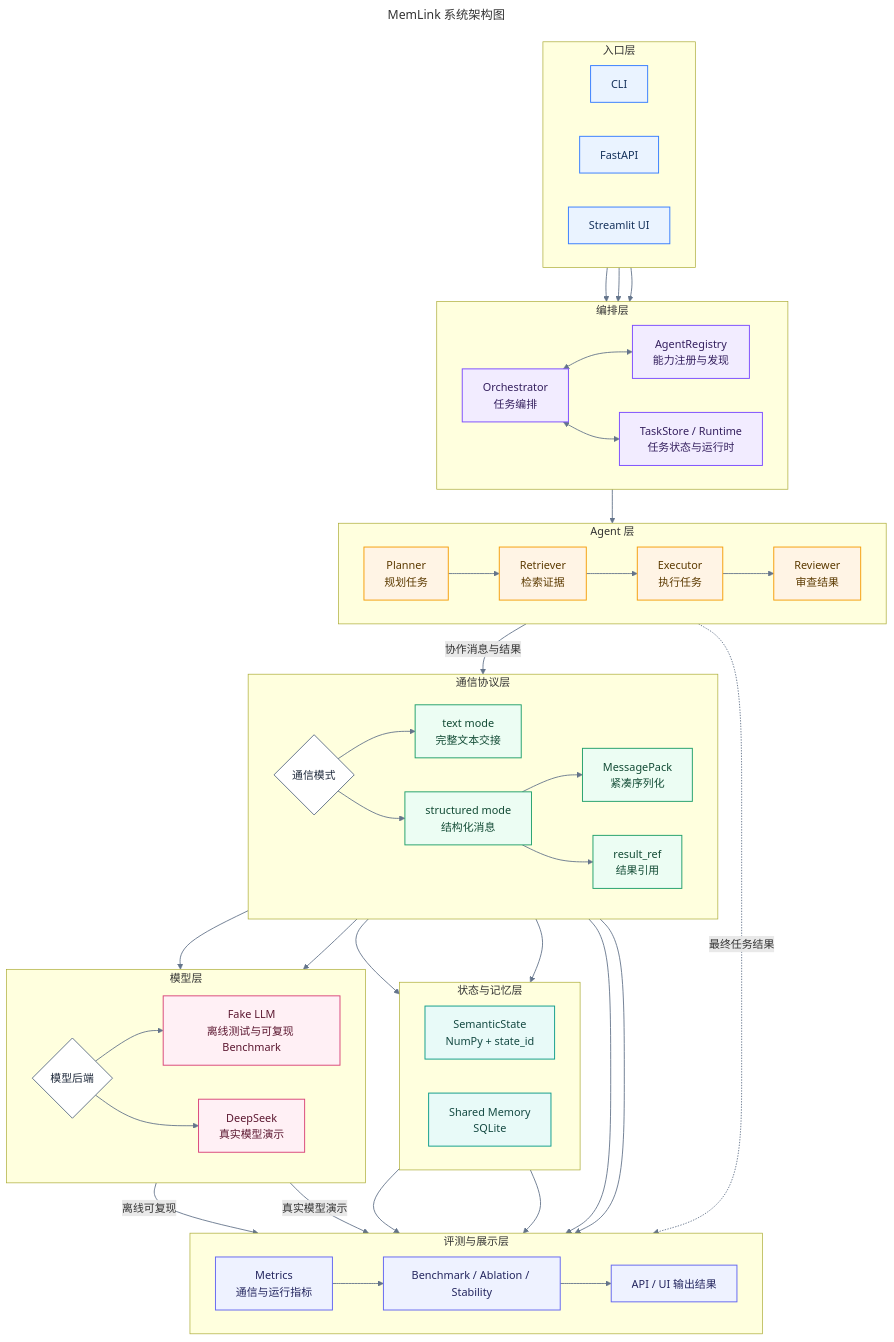
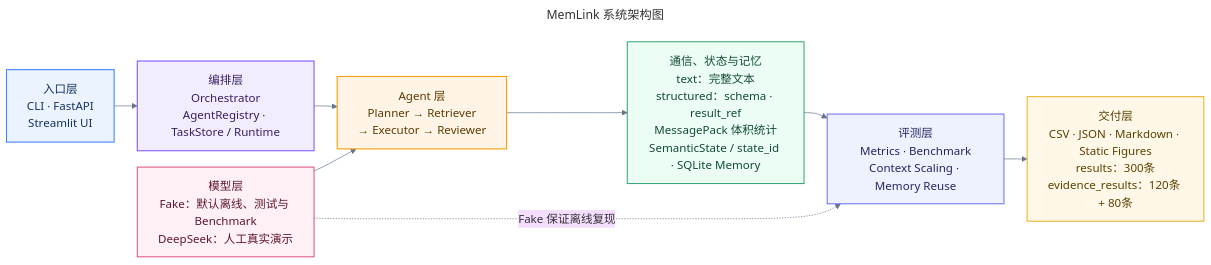
Before and after one commit to fjy1111/memlink: the diagram in docs/diagrams/memlink_architecture.mmd, drawn with Mermaid. The commit also changed 24 other files, not shown here.

Commit message:
docs: 统一比赛架构图与流程图

```diff
--- a/docs/diagrams/memlink_architecture.mmd
+++ b/docs/diagrams/memlink_architecture.mmd
@@ -1,103 +1,33 @@
 ---
 title: MemLink 系统架构图
 ---
-flowchart TD
-    subgraph ENTRY["入口层"]
-        direction LR
-        CLI["CLI"]
-        API["FastAPI"]
-        UI["Streamlit UI"]
-    end
+%% 图示说明：概览入口、编排、四 Agent、双通信模式、状态记忆、模型与评测交付链路。
+%%{init: {"theme":"base","flowchart":{"curve":"basis","nodeSpacing":24,"rankSpacing":34},"themeVariables":{"fontFamily":"Microsoft YaHei, Noto Sans CJK SC, sans-serif","fontSize":"17px","lineColor":"#64748B"}}}%%
+flowchart LR
+    ENTRY["入口层<br/>CLI · FastAPI<br/>Streamlit UI"]
+    CORE["编排层<br/>Orchestrator<br/>AgentRegistry · TaskStore / Runtime"]
+    AGENTS["Agent 层<br/>Planner → Retriever<br/>→ Executor → Reviewer"]
+    COMM["通信、状态与记忆<br/>text：完整文本<br/>structured：schema · result_ref<br/>MessagePack 体积统计<br/>SemanticState / state_id · SQLite Memory"]
+    EVALUATE["评测层<br/>Metrics · Benchmark<br/>Context Scaling · Memory Reuse"]
+    OUTPUT["交付层<br/>CSV · JSON · Markdown · Static Figures<br/>results：300条<br/>evidence_results：120条 + 80条"]
+    MODEL["模型层<br/>Fake：默认离线、测试与 Benchmark<br/>DeepSeek：人工真实演示"]
 
-    subgraph ORCHESTRATION["编排层"]
-        direction LR
-        ORCH["Orchestrator<br/>任务编排"]
-        REGISTRY["AgentRegistry<br/>能力注册与发现"]
-        RUNTIME["TaskStore / Runtime<br/>任务状态与运行时"]
-    end
+    ENTRY --> CORE --> AGENTS --> COMM --> EVALUATE --> OUTPUT
+    MODEL --> AGENTS
+    MODEL -. "Fake 保证离线复现" .-> EVALUATE
 
-    subgraph AGENTS["Agent 层"]
-        direction LR
-        PLANNER["Planner<br/>规划任务"]
-        RETRIEVER["Retriever<br/>检索证据"]
-        EXECUTOR["Executor<br/>执行任务"]
-        REVIEWER["Reviewer<br/>审查结果"]
-        PLANNER --> RETRIEVER --> EXECUTOR --> REVIEWER
-    end
+    classDef entry fill:#EAF3FF,stroke:#377DFF,color:#16325C,stroke-width:1.5px;
+    classDef core fill:#F2ECFF,stroke:#7C4DFF,color:#35205F,stroke-width:1.5px;
+    classDef agent fill:#FFF4E5,stroke:#F59E0B,color:#5C3A00,stroke-width:1.6px;
+    classDef mechanism fill:#ECFDF3,stroke:#22A06B,color:#124B35,stroke-width:1.4px;
+    classDef model fill:#FFF0F5,stroke:#D9467A,color:#5C1730,stroke-width:1.4px;
+    classDef experiment fill:#EEF2FF,stroke:#6366F1,color:#24265F,stroke-width:1.4px;
+    classDef path fill:#FFF8E8,stroke:#E6A700,color:#594100,stroke-width:1.3px;
 
-    subgraph PROTOCOL["通信协议层"]
-        direction LR
-        MODE{"通信模式"}
-        TEXT["text mode<br/>完整文本交接"]
-        STRUCTURED["structured mode<br/>结构化消息"]
-        MSGPACK["MessagePack<br/>紧凑序列化"]
-        RESULT_REF["result_ref<br/>结果引用"]
-        MODE --> TEXT
-        MODE --> STRUCTURED
-        STRUCTURED --> MSGPACK
-        STRUCTURED --> RESULT_REF
-    end
-
-    subgraph STATE_MEMORY["状态与记忆层"]
-        direction LR
-        SEMANTIC["SemanticState<br/>NumPy + state_id"]
-        MEMORY["Shared Memory<br/>SQLite"]
-    end
-
-    subgraph MODEL["模型层"]
-        direction LR
-        MODEL_ADAPTER{"模型后端"}
-        FAKE["Fake LLM<br/>离线测试与可复现 Benchmark"]
-        DEEPSEEK["DeepSeek<br/>真实模型演示"]
-        MODEL_ADAPTER --> FAKE
-        MODEL_ADAPTER --> DEEPSEEK
-    end
-
-    subgraph EVALUATION["评测与展示层"]
-        direction LR
-        METRICS["Metrics<br/>通信与运行指标"]
-        BENCHMARK["Benchmark / Ablation / Stability"]
-        OUTPUT["API / UI 输出结果"]
-        METRICS --> BENCHMARK --> OUTPUT
-    end
-
-    CLI --> ORCH
-    API --> ORCH
-    UI --> ORCH
-    ORCH <--> REGISTRY
-    ORCH <--> RUNTIME
-    ORCH --> PLANNER
-
-    REVIEWER -->|"协作消息与结果"| MODE
-    STRUCTURED --> SEMANTIC
-    STRUCTURED --> MEMORY
-    TEXT --> MODEL_ADAPTER
-    STRUCTURED --> MODEL_ADAPTER
-
-    MSGPACK --> METRICS
-    RESULT_REF --> METRICS
-    SEMANTIC --> METRICS
-    MEMORY --> METRICS
-    FAKE -->|"离线可复现"| BENCHMARK
-    DEEPSEEK -->|"真实模型演示"| OUTPUT
-    REVIEWER -.->|"最终任务结果"| OUTPUT
-
-    classDef entry fill:#EAF3FF,stroke:#377DFF,color:#16325C,stroke-width:1.4px;
-    classDef orchestration fill:#F2ECFF,stroke:#7C4DFF,color:#35205F,stroke-width:1.4px;
-    classDef agent fill:#FFF4E5,stroke:#F59E0B,color:#5C3A00,stroke-width:1.4px;
-    classDef protocol fill:#ECFDF3,stroke:#22A06B,color:#124B35,stroke-width:1.4px;
-    classDef storage fill:#E8FAF8,stroke:#0F9D8A,color:#154A43,stroke-width:1.4px;
-    classDef model fill:#FFF0F5,stroke:#D9467A,color:#5C1730,stroke-width:1.4px;
-    classDef evaluation fill:#EEF2FF,stroke:#6366F1,color:#24265F,stroke-width:1.4px;
-    classDef choice fill:#FFFFFF,stroke:#64748B,color:#1E293B,stroke-width:1.4px;
-
-    class CLI,API,UI entry;
-    class ORCH,REGISTRY,RUNTIME orchestration;
-    class PLANNER,RETRIEVER,EXECUTOR,REVIEWER agent;
-    class TEXT,STRUCTURED,MSGPACK,RESULT_REF protocol;
-    class SEMANTIC,MEMORY storage;
-    class FAKE,DEEPSEEK model;
-    class METRICS,BENCHMARK,OUTPUT evaluation;
-    class MODE,MODEL_ADAPTER choice;
-
-    linkStyle default stroke:#64748B,stroke-width:1.3px;
+    class ENTRY entry;
+    class CORE core;
+    class AGENTS agent;
+    class COMM mechanism;
+    class MODEL model;
+    class EVALUATE experiment;
+    class OUTPUT path;
```
